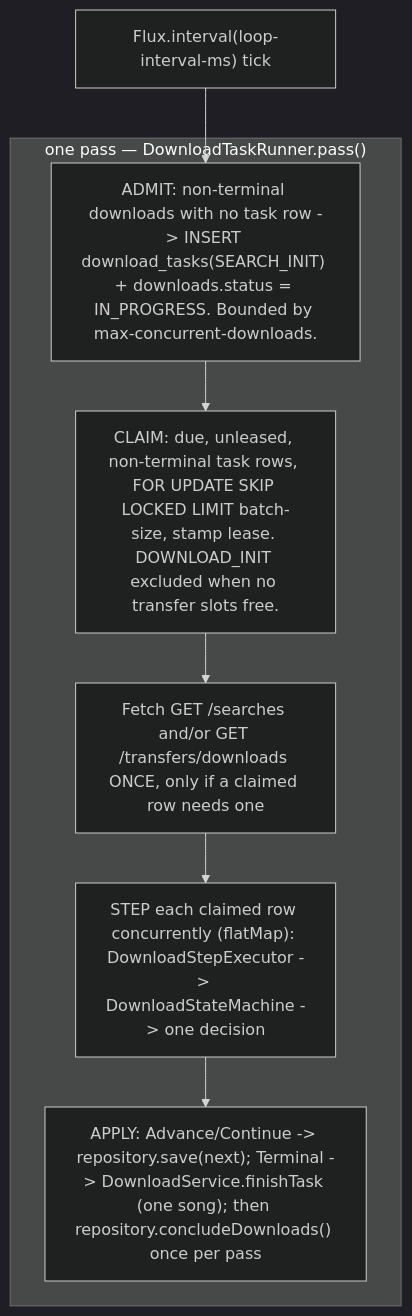
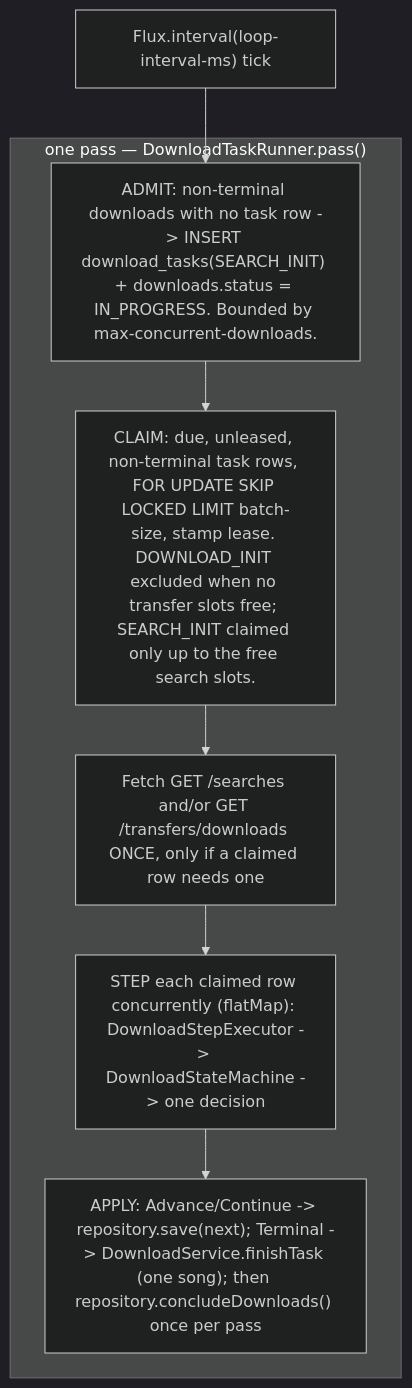
Before and after one commit to catacomb5099/naviseerr: the diagram in docs/architecture/download-manager.md, drawn with Mermaid (dark theme). The commit also changed other lines of this file and 12 other files, not shown here.

````diff
--- a/docs/architecture/download-manager.md
+++ b/docs/architecture/download-manager.md
@@ -18,11 +18,11 @@
 ```mermaid
 flowchart TD
     tick["Flux.interval(loop-interval-ms) tick"] --> admit
     subgraph pass ["one pass — DownloadTaskRunner.pass()"]
       admit["ADMIT: non-terminal downloads with no task row -> INSERT download_tasks(SEARCH_INIT) + downloads.status = IN_PROGRESS. Bounded by max-concurrent-downloads."]
-      admit --> claim["CLAIM: due, unleased, non-terminal task rows, FOR UPDATE SKIP LOCKED LIMIT batch-size, stamp lease. DOWNLOAD_INIT excluded when no transfer slots free."]
+      admit --> claim["CLAIM: due, unleased, non-terminal task rows, FOR UPDATE SKIP LOCKED LIMIT batch-size, stamp lease. DOWNLOAD_INIT excluded when no transfer slots free; SEARCH_INIT claimed only up to the free search slots."]
       claim --> fetch["Fetch GET /searches and/or GET /transfers/downloads ONCE, only if a claimed row needs one"]
       fetch --> step["STEP each claimed row concurrently (flatMap): DownloadStepExecutor -> DownloadStateMachine -> one decision"]
       step --> apply["APPLY: Advance/Continue -> repository.save(next); Terminal -> DownloadService.finishTask (one song); then repository.concludeDownloads() once per pass"]
     end
 ```
````
